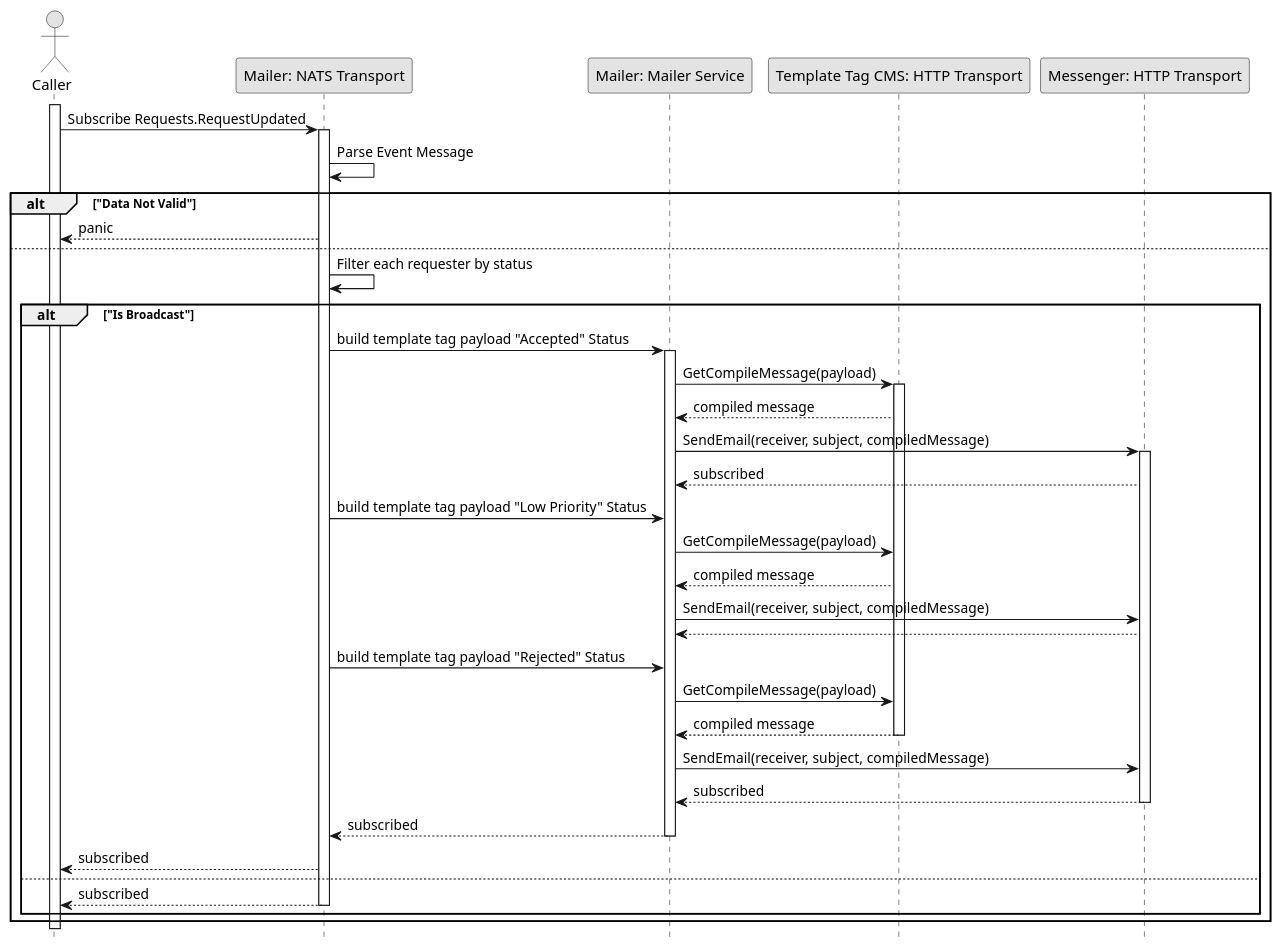
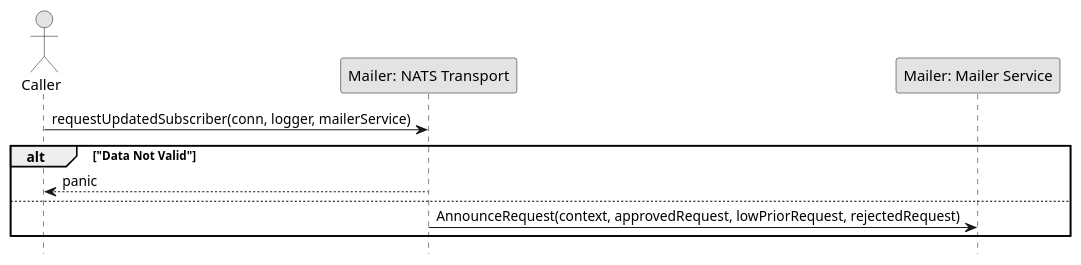
One commit to fwidjaya20/fazzlearning-uml changed the diagram in Sequence/Release04/MAILER_SubscribeCommitRequest.wsd. Above: the diagram before and after it, drawn with PlantUML. The commit also changed 32 other files, not shown here.

```diff
--- a/Sequence/Release04/MAILER_SubscribeCommitRequest.wsd
+++ b/Sequence/Release04/MAILER_SubscribeCommitRequest.wsd
@@ -1,59 +1,21 @@
 @startuml MAILER_SubscribeCommitRequest
 
 skinparam Monochrome true
 skinparam Shadowing false
 hide footbox
 
 actor "Caller" as Caller
 participant "Mailer: NATS Transport" as MailerNATSTransport
 participant "Mailer: Mailer Service" as MailerService
-participant "Template Tag CMS: HTTP Transport" as TTCMSHTTPTransport
-participant "Messenger: HTTP Transport" as MessengerHTTPTransport
 
-activate Caller
-
-Caller->MailerNATSTransport: Subscribe Requests.RequestUpdated
-activate MailerNATSTransport
-MailerNATSTransport->MailerNATSTransport: Parse Event Message
+Caller->MailerNATSTransport: requestUpdatedSubscriber(conn, logger, mailerService)
 
 alt "Data Not Valid"
     MailerNATSTransport-->Caller: panic
 else
-    MailerNATSTransport->MailerNATSTransport: Filter each requester by status
-
-    alt "Is Broadcast"
-        MailerNATSTransport->MailerService: build template tag payload "Accepted" Status
-        activate MailerService
-        MailerService->TTCMSHTTPTransport: GetCompileMessage(payload)
-        activate TTCMSHTTPTransport
-        TTCMSHTTPTransport-->MailerService: compiled message
-        MailerService->MessengerHTTPTransport: SendEmail(receiver, subject, compiledMessage)
-        activate MessengerHTTPTransport
-        MessengerHTTPTransport-->MailerService: subscribed
-        
-        MailerNATSTransport->MailerService: build template tag payload "Low Priority" Status
-        MailerService->TTCMSHTTPTransport: GetCompileMessage(payload)
-        TTCMSHTTPTransport-->MailerService: compiled message
-        MailerService->MessengerHTTPTransport: SendEmail(receiver, subject, compiledMessage)
-        MessengerHTTPTransport-->MailerService
-
-        MailerNATSTransport->MailerService: build template tag payload "Rejected" Status
-        MailerService->TTCMSHTTPTransport: GetCompileMessage(payload)
-        TTCMSHTTPTransport-->MailerService: compiled message
-        deactivate TTCMSHTTPTransport
-        MailerService->MessengerHTTPTransport: SendEmail(receiver, subject, compiledMessage)
-        MessengerHTTPTransport-->MailerService: subscribed
-
-        deactivate MessengerHTTPTransport
-        MailerService-->MailerNATSTransport: subscribed
-        deactivate MailerService
-        MailerNATSTransport-->Caller: subscribed
-    else
-        MailerNATSTransport-->Caller: subscribed
-        deactivate MailerNATSTransport
-    end
+    MailerNATSTransport->MailerService: AnnounceRequest(context, approvedRequest, lowPriorRequest, rejectedRequest)
 end
 
 deactivate Caller
 
 @enduml
```
